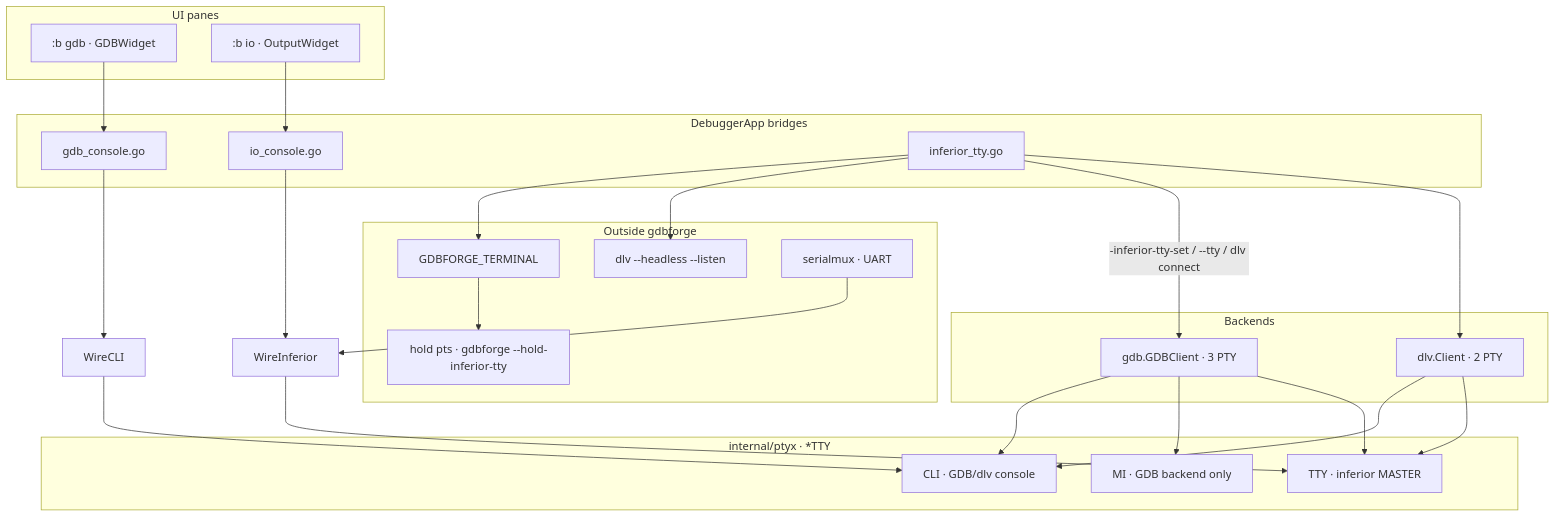
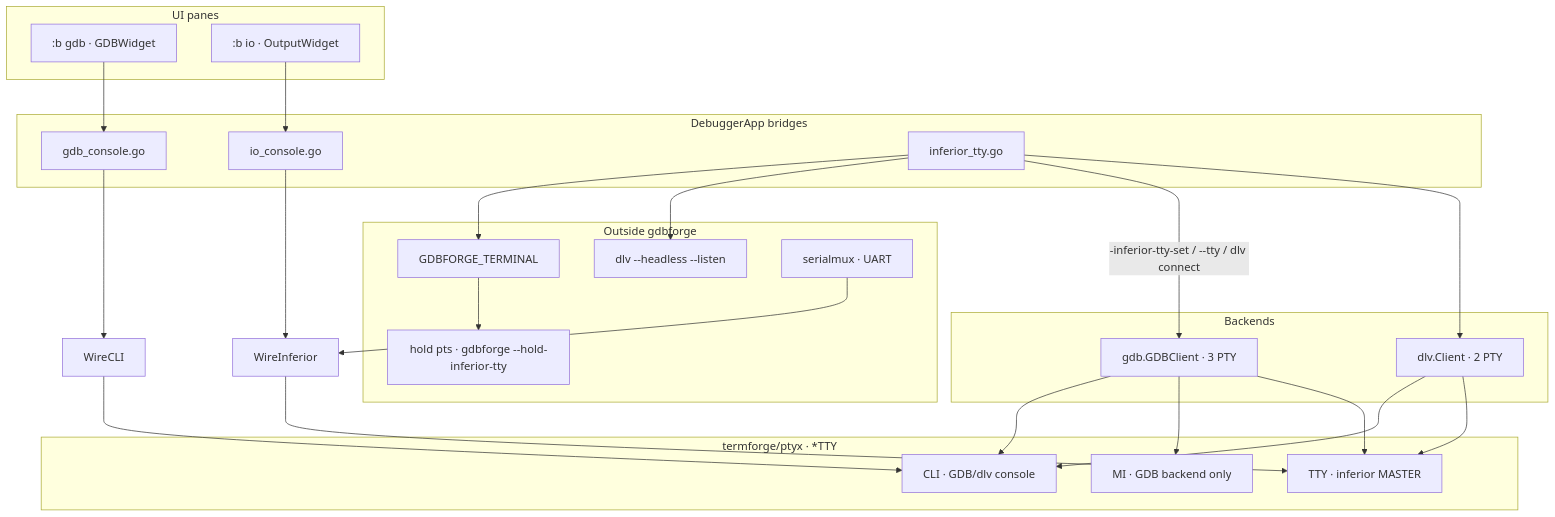
One commit to yairgd/gdbforge changed the first of 5 diagrams in docs/PTY_ARCHITECTURE.md. Above: the diagram before and after it, drawn with Mermaid. The commit also changed other lines of this file and 267 other files, not shown here.

````diff
--- a/docs/PTY_ARCHITECTURE.md
+++ b/docs/PTY_ARCHITECTURE.md
@@ -51,49 +51,49 @@
 ```mermaid
 flowchart TB
   subgraph UI["UI panes"]
     GDBW[":b gdb · GDBWidget"]
     IOW[":b io · OutputWidget"]
   end
 
   subgraph App["DebuggerApp bridges"]
     BridgeG["gdb_console.go"]
     BridgeI["io_console.go"]
     InfCtl["inferior_tty.go"]
   end
 
-  subgraph Ptyx["internal/ptyx · *TTY"]
+  subgraph Ptyx["termforge/ptyx · *TTY"]
     CLI["CLI · GDB/dlv console"]
     MI["MI · GDB backend only"]
     T["TTY · inferior MASTER"]
   end
 
   subgraph Backends["Backends"]
     GC["gdb.GDBClient · 3 PTY"]
     DC["dlv.Client · 2 PTY"]
   end
 
   subgraph Ext["Outside gdbforge"]
     Term["GDBFORGE_TERMINAL"]
     Hold["hold pts · gdbforge --hold-inferior-tty"]
     Headless["dlv --headless --listen"]
     Serial["serialmux · UART"]
   end
 
   GDBW --> BridgeG
   BridgeG --> WireG["WireCLI"]
   WireG --> CLI
   IOW --> BridgeI
   BridgeI --> WireI["WireInferior"]
   WireI --> T
   GC --> CLI
   GC --> MI
   GC --> T
   DC --> CLI
   DC --> T
   Serial --> WireI
   InfCtl --> Term
   Term --> Hold
   InfCtl --> Headless
   InfCtl -->|"-inferior-tty-set / --tty / dlv connect"| GC
   InfCtl --> DC
 ```
````
